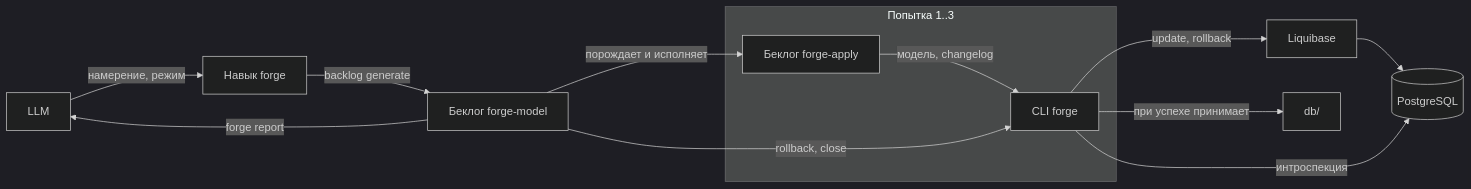
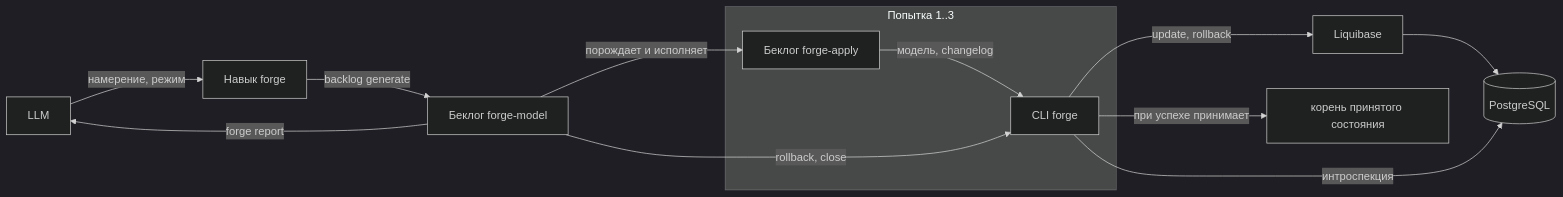
One commit to united-software-platform/liquibase-forge changed the first of 3 diagrams in docs/architecture.md. Above: the diagram before and after it, drawn with Mermaid (dark theme). The commit also changed other lines of this file and 39 other files, not shown here.

First line of the commit message:
LBFR-011: настроить корень принятого состояния forge

````diff
--- a/docs/architecture.md
+++ b/docs/architecture.md
@@ -52,15 +52,15 @@
 ```mermaid
 flowchart LR
     L[LLM] -->|намерение, режим| S[Навык forge]
     S -->|backlog generate| BM[Беклог forge-model]
     subgraph Попытка 1..3
         BA[Беклог forge-apply] -->|модель, changelog| C[CLI forge]
     end
     BM -->|порождает и исполняет| BA
     BM -->|rollback, close| C
     C -->|update, rollback| LB[Liquibase]
     LB --> DB[(PostgreSQL)]
     C -->|интроспекция| DB
-    C -->|при успехе принимает| A[db/]
+    C -->|при успехе принимает| A[корень принятого состояния]
     BM -->|forge report| L
 ```
````
